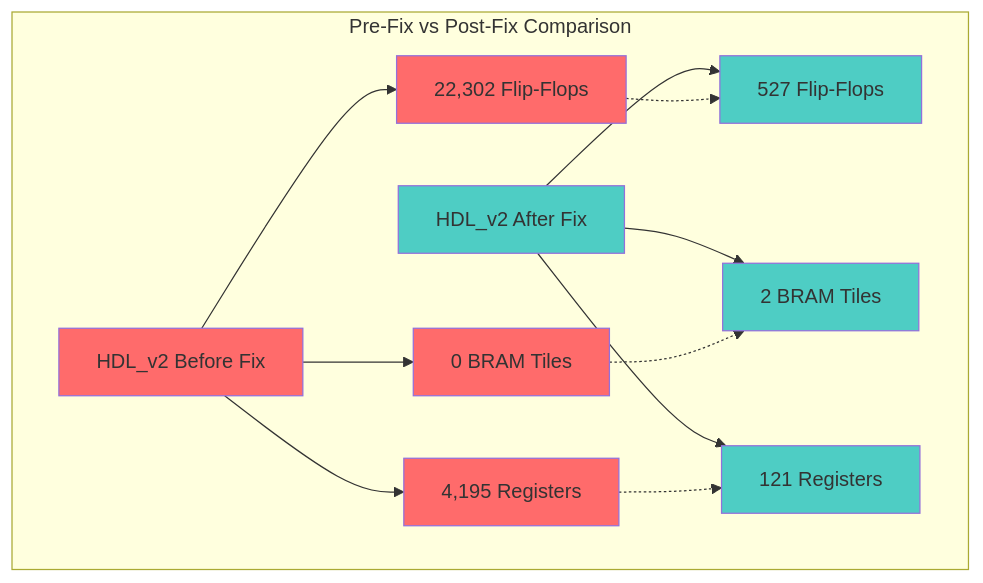
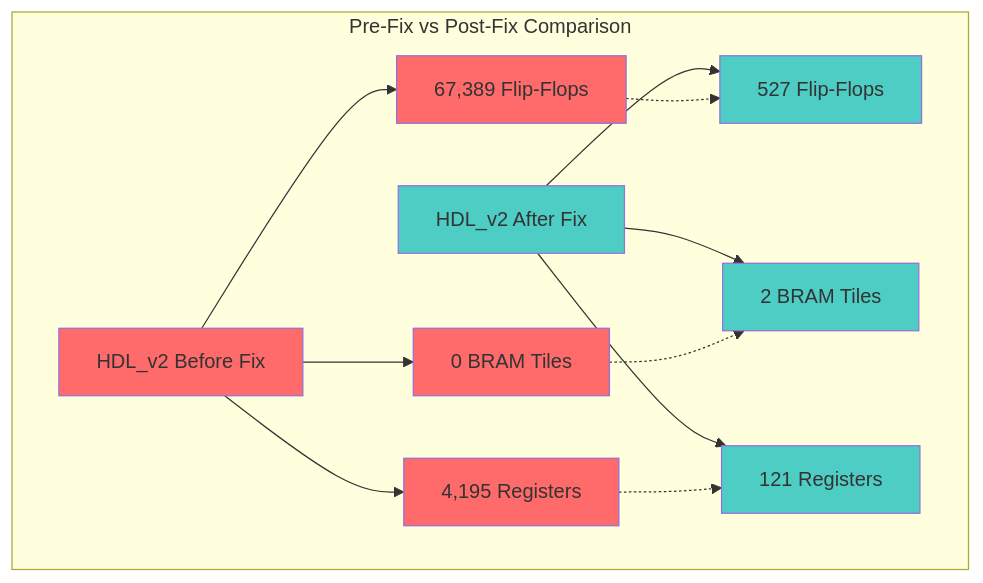
One commit to rockyco/extractSSBsig changed the second of 16 diagrams in README.md. Above: the diagram before and after it, drawn with Mermaid. The commit also changed other lines of this file and 3 other files, not shown here.

````diff
--- a/README.md
+++ b/README.md
@@ -313,25 +313,25 @@
 ```mermaid
 graph TB
     subgraph "Pre-Fix vs Post-Fix Comparison"
-        A[HDL_v2 Before Fix] --> A1[22,302 Flip-Flops]
+        A[HDL_v2 Before Fix] --> A1[67,389 Flip-Flops]
         A --> A2[0 BRAM Tiles]
         A --> A3[4,195 Registers]
         
         B[HDL_v2 After Fix] --> B1[527 Flip-Flops]
         B --> B2[2 BRAM Tiles]
         B --> B3[121 Registers]
         
         A1 -.-> B1
         A2 -.-> B2
         A3 -.-> B3
     end
     
     style A fill:#ff6b6b
     style B fill:#4ecdc4
     style A1 fill:#ff6b6b
     style A2 fill:#ff6b6b
     style A3 fill:#ff6b6b
     style B1 fill:#4ecdc4
     style B2 fill:#4ecdc4
     style B3 fill:#4ecdc4
 ```
````
